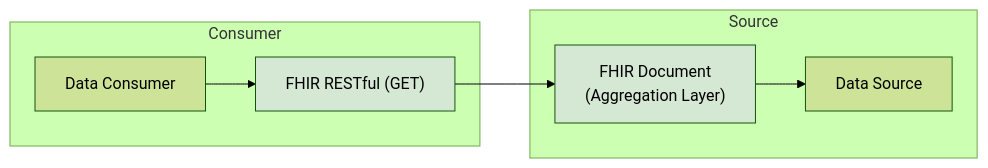
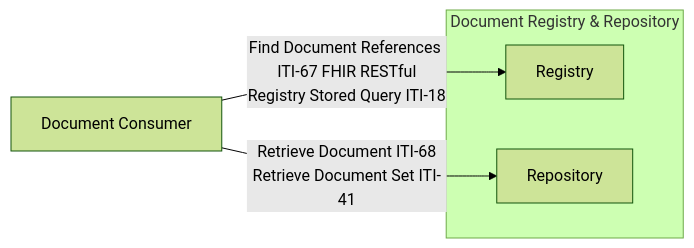
The fourth of 4 diagrams in input/pagecontent/exchange.md (nw-gmsa/nw-gmsa.github.com), drawn with Mermaid (forest theme) before and after one commit. The commit also changed other lines of this file, not shown here.

````diff
--- a/input/pagecontent/exchange.md
+++ b/input/pagecontent/exchange.md
@@ -357,21 +66,17 @@
 ```mermaid
 graph LR;
 
-subgraph Consumer
+    s[Document Consumer]
+    
+    subgraph d[Document Registry & Repository];
+        Registry
+        Repository
+    end
 
-    d[Data Consumer]
-    d --> restC["FHIR RESTful (GET)"]
+s --> |Find Document References ITI-67 FHIR RESTful<br/>Registry Stored Query ITI-18| Registry
+s --> |Retrieve Document ITI-68<br/>Retrieve Document Set ITI-41| Repository
 
-end
-subgraph Source;
-s[Data Source]
-Agg["FHIR Document<br/>(Aggregation Layer)"]
-Agg --> s
-end
+classDef yellow fill:#FFF2CC;
 
-restC --> Agg
-
-classDef green fill:#D5E8D4;
-
-class restC,v2E,fEvent,Agg green
+class v2D,fMessage yellow
 ```
````
